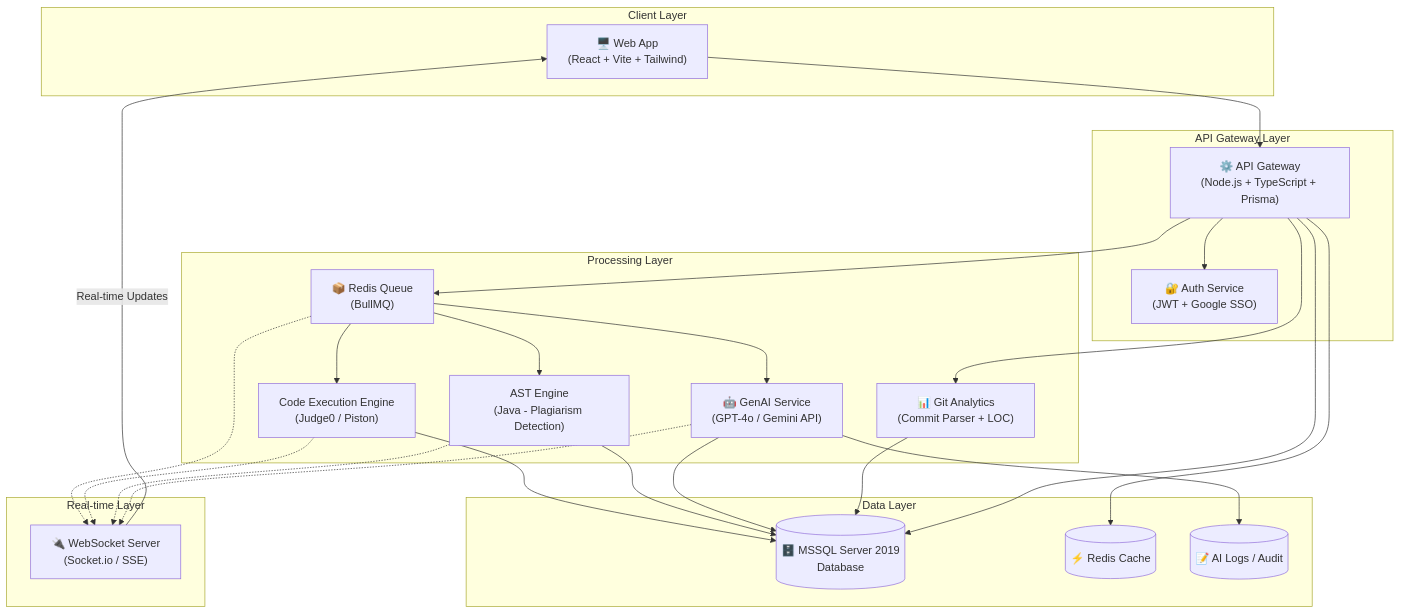
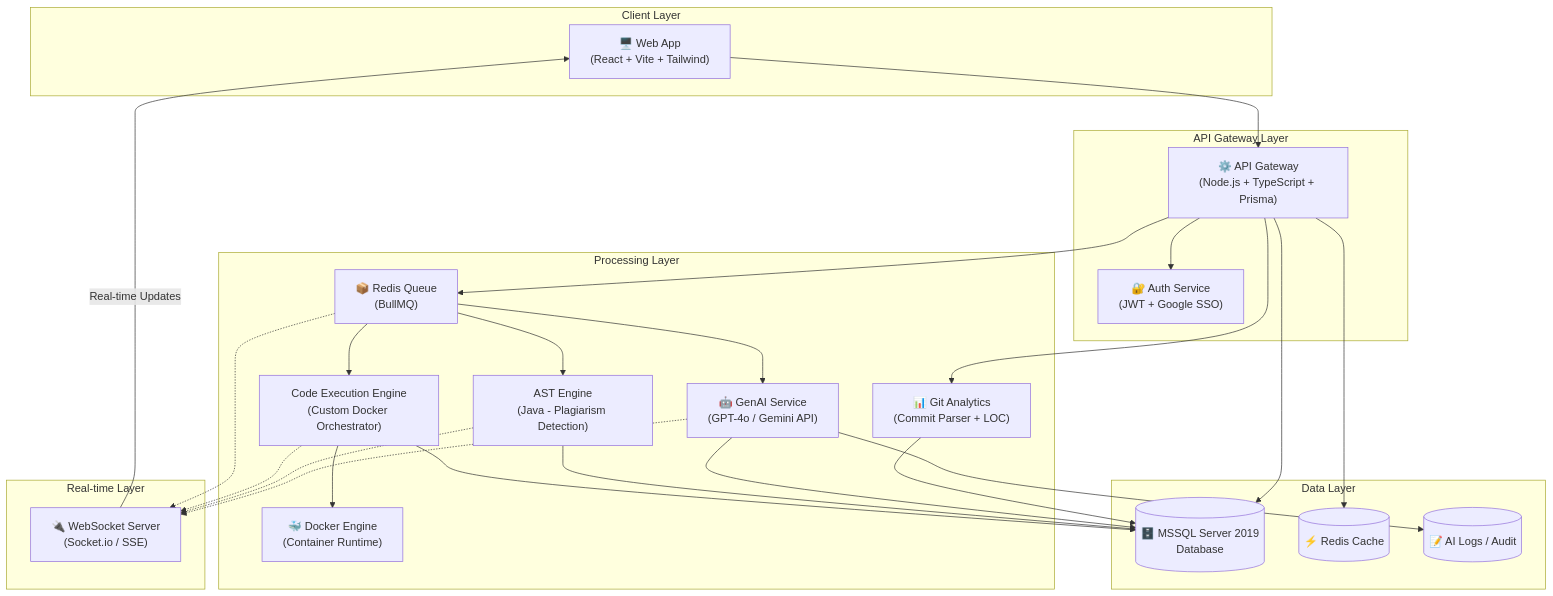
The first of 10 diagrams in docs/01_SRS/AITA_SRS_Document_v1.2_final.md (qucthih/SWP391_Group3), drawn with Mermaid before and after one commit. The commit also changed other lines of this file and 1 other file, not shown here.

````diff
--- a/docs/01_SRS/AITA_SRS_Document_v1.2_final.md
+++ b/docs/01_SRS/AITA_SRS_Document_v1.2_final.md
@@ -82,52 +82,54 @@
 ```mermaid
 graph TB
     subgraph "Client Layer"
         WEB["🖥️ Web App<br/>(React + Vite + Tailwind)"]
     end
 
     subgraph "Real-time Layer"
         WS["🔌 WebSocket Server<br/>(Socket.io / SSE)"]
     end
 
     subgraph "API Gateway Layer"
         API["⚙️ API Gateway<br/>(Node.js + TypeScript + Prisma)"]
         AUTH["🔐 Auth Service<br/>(JWT + Google SSO)"]
     end
 
     subgraph "Processing Layer"
         REDIS["📦 Redis Queue<br/>(BullMQ)"]
-        SANDBOX["Code Execution Engine<br/>(Judge0 / Piston)"]
+        SANDBOX["Code Execution Engine<br/>(Custom Docker Orchestrator)"]
+        DOCKER["🐳 Docker Engine<br/>(Container Runtime)"]
         AST["AST Engine<br/>(Java - Plagiarism Detection)"]
         LLM["🤖 GenAI Service<br/>(GPT-4o / Gemini API)"]
         GIT["📊 Git Analytics<br/>(Commit Parser + LOC)"]
     end
 
     subgraph "Data Layer"
         DB[("🗄️ MSSQL Server 2019<br/>Database")]
         CACHE[("⚡ Redis Cache")]
         AUDIT[("📝 AI Logs / Audit")]
     end
 
     WEB --> API
     API --> AUTH
     API --> REDIS
     API --> GIT
     
     REDIS --> SANDBOX
     REDIS --> AST
     REDIS --> LLM
     
+    SANDBOX --> DOCKER
     SANDBOX --> DB
     AST --> DB
     LLM --> DB
     GIT --> DB
     LLM --> AUDIT
     API --> DB
     API --> CACHE
     
     REDIS -.-> WS
     SANDBOX -.-> WS
     AST -.-> WS
     LLM -.-> WS
     WS -->|"Real-time Updates"| WEB
 ```
````
